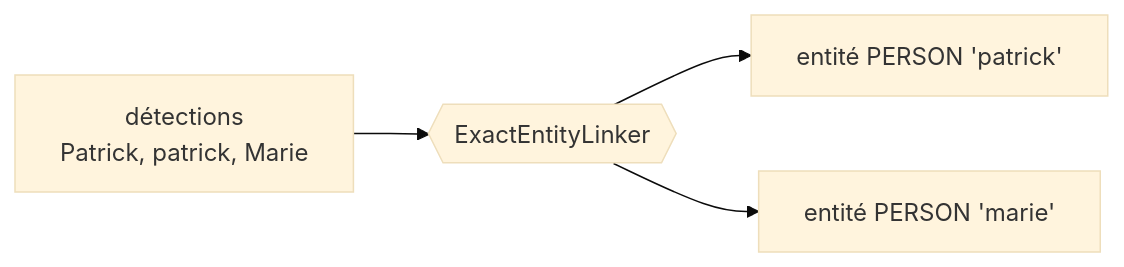
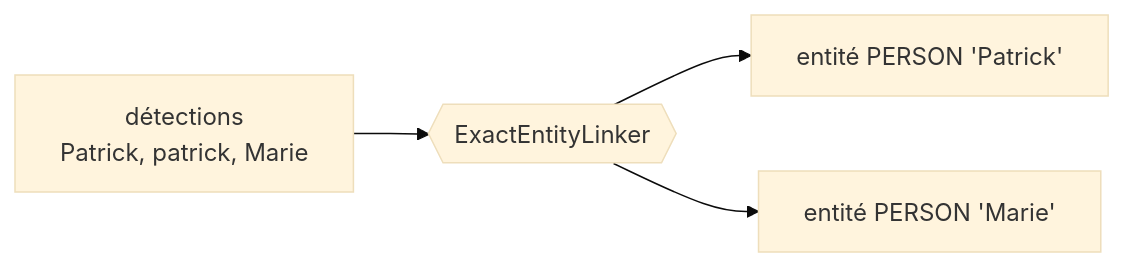
The second of 4 diagrams in docs/fr/conception.md (Athroniaeth/piighost), drawn with Mermaid (base theme) before and after one commit. The commit also changed other lines of this file and 139 other files, not shown here.

````diff
--- a/docs/fr/conception.md
+++ b/docs/fr/conception.md
@@ -108,6 +111,6 @@
 ```mermaid
 flowchart LR
     D["détections\nPatrick, patrick, Marie"] --> L{{"ExactEntityLinker"}}
-    L --> E1["entité PERSON 'patrick'"]
-    L --> E2["entité PERSON 'marie'"]
+    L --> E1["entité PERSON 'Patrick'"]
+    L --> E2["entité PERSON 'Marie'"]
 ```
````
